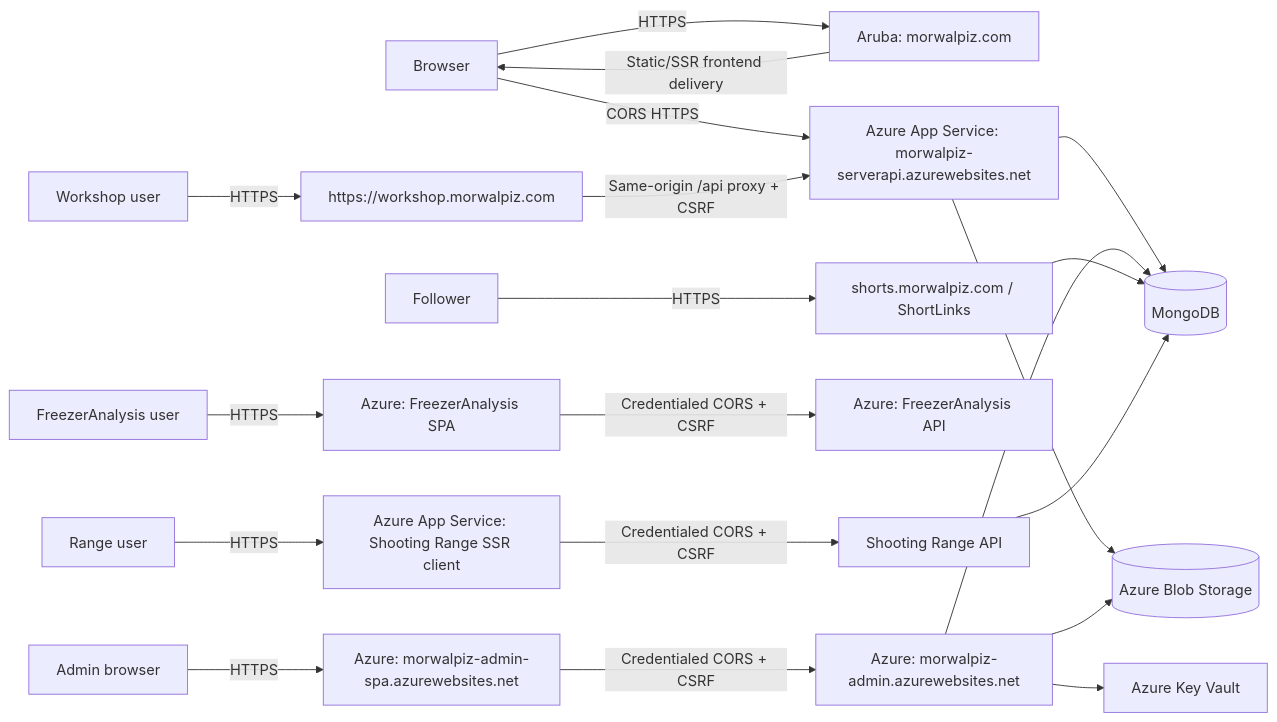
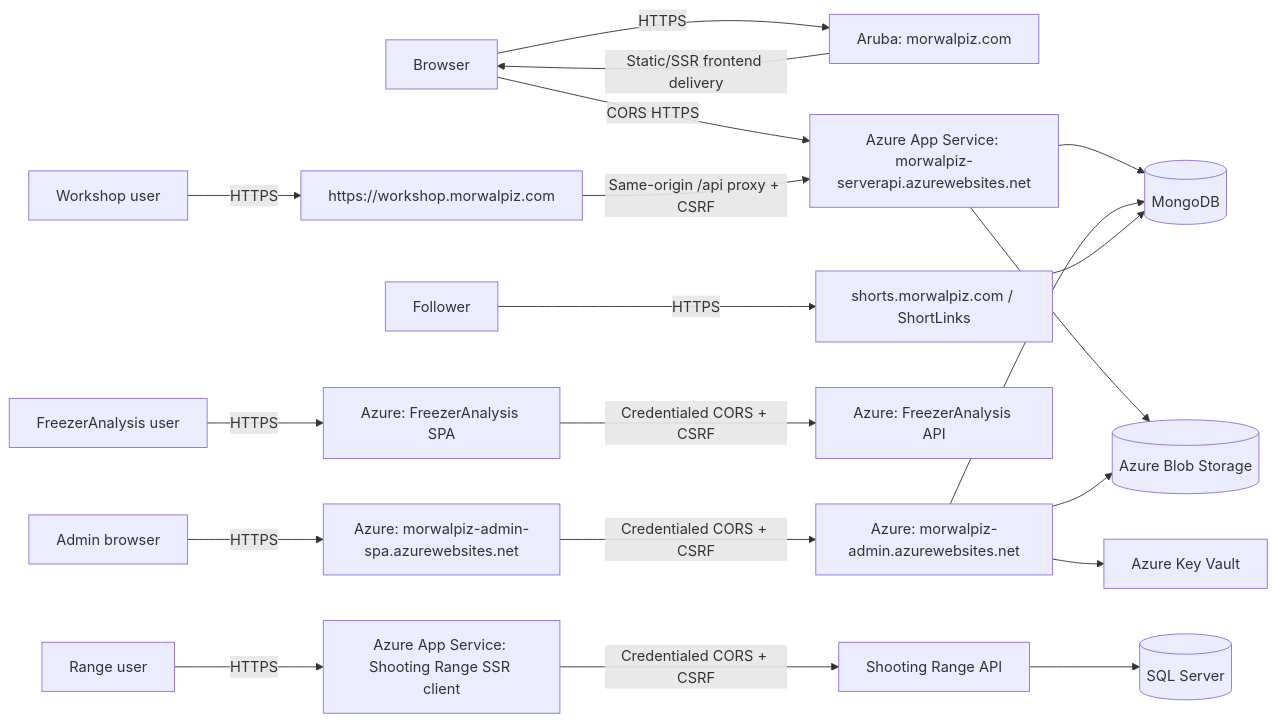
The diagram in docs/architecture/deployment.md (morganpizzini/MorWalPizVideo), drawn with Mermaid before and after one commit. The commit also changed other lines of this file and 50 other files, not shown here.

````diff
--- a/docs/architecture/deployment.md
+++ b/docs/architecture/deployment.md
@@ -5,22 +5,22 @@
 ```mermaid
 flowchart LR
     Browser[Browser] -->|HTTPS| Aruba[Aruba: morwalpiz.com]
     Aruba -->|Static/SSR frontend delivery| Browser
     Browser -->|CORS HTTPS| API[Azure App Service: morwalpiz-serverapi.azurewebsites.net]
     Admin[Admin browser] -->|HTTPS| AdminSpa[Azure: morwalpiz-admin-spa.azurewebsites.net]
     AdminSpa -->|Credentialed CORS + CSRF| BO[Azure: morwalpiz-admin.azurewebsites.net]
     FreezerUser[FreezerAnalysis user] -->|HTTPS| FreezerSpa[Azure: FreezerAnalysis SPA]
     FreezerSpa -->|Credentialed CORS + CSRF| FreezerAPI[Azure: FreezerAnalysis API]
     Shooter[Range user] -->|HTTPS| ShootingClient[Azure App Service: Shooting Range SSR client]
     ShootingClient -->|Credentialed CORS + CSRF| ShootingAPI[Shooting Range API]
     WorkshopUser[Workshop user] -->|HTTPS| Workshop[https://workshop.morwalpiz.com]
     Workshop -->|Same-origin /api proxy + CSRF| API
     Follower[Follower] -->|HTTPS| Shorts[shorts.morwalpiz.com / ShortLinks]
     API --> Mongo[(MongoDB)]
     BO --> Mongo
     Shorts --> Mongo
     API --> Blob[(Azure Blob Storage)]
     BO --> Blob
     BO --> Vault[Azure Key Vault]
-    ShootingAPI --> Mongo
+    ShootingAPI --> RangeSql[(SQL Server)]
 ```
````
